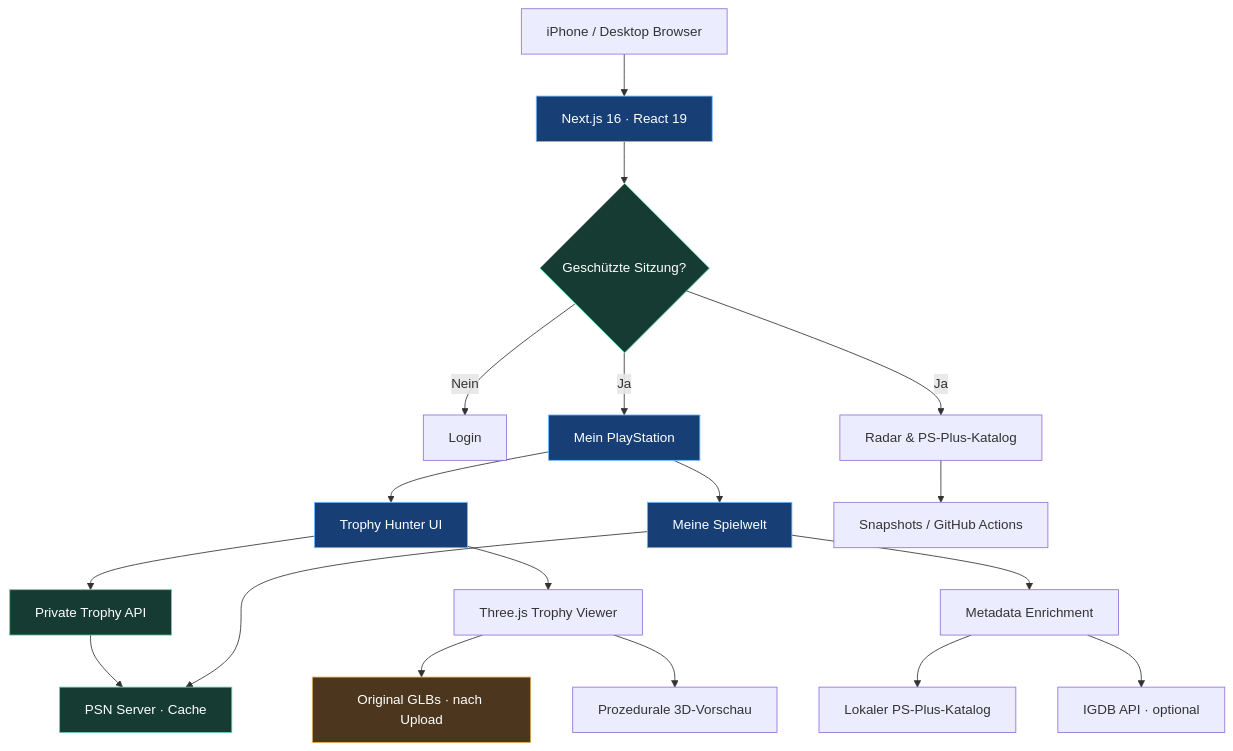
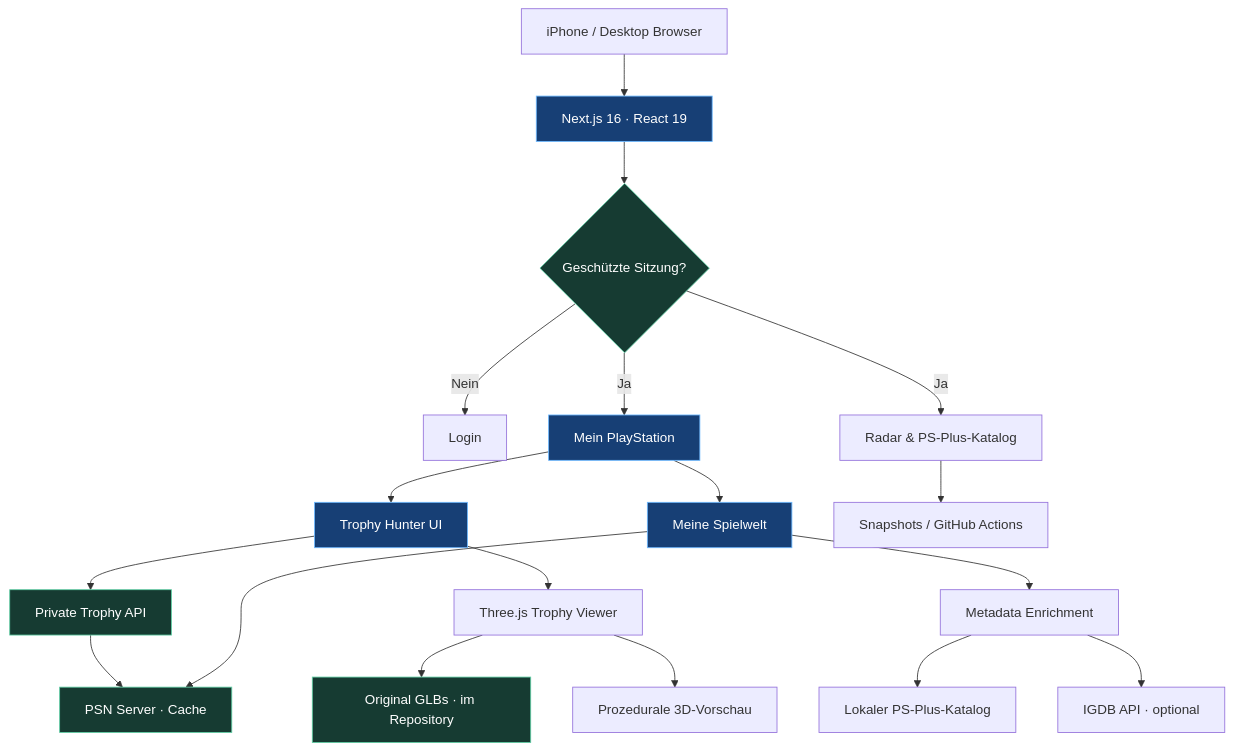
One commit to westside0106/Ps5-Radar changed the second of 2 diagrams in README.md. Above: the diagram before and after it, drawn with Mermaid. The commit also changed other lines of this file, not shown here.

Commit message:
docs(3d): mark four original trophy GLB models uploaded and ready for device validation

````diff
--- a/README.md
+++ b/README.md
@@ -226,26 +226,26 @@
 ```mermaid
 flowchart TB
     U["iPhone / Desktop Browser"] --> N["Next.js 16 · React 19"]
     N --> A{"Geschützte Sitzung?"}
     A -->|Nein| L["Login"]
     A -->|Ja| P["Mein PlayStation"]
     A -->|Ja| R["Radar & PS-Plus-Katalog"]
     P --> T["Trophy Hunter UI"]
     P --> W["Meine Spielwelt"]
     T --> API["Private Trophy API"]
     API --> S["PSN Server · Cache"]
     W --> S
     W --> M["Metadata Enrichment"]
     M --> C["Lokaler PS-Plus-Katalog"]
     M --> I["IGDB API · optional"]
     T --> V["Three.js Trophy Viewer"]
-    V --> G["Original GLBs · nach Upload"]
+    V --> G["Original GLBs · im Repository"]
     V --> F["Prozedurale 3D-Vorschau"]
     R --> SNAP["Snapshots / GitHub Actions"]
     classDef primary fill:#173f75,color:#fff,stroke:#6cb8ff
     classDef secure fill:#163b32,color:#fff,stroke:#60cfa5
     classDef pending fill:#4c371e,color:#fff,stroke:#e8b35b
     class N,P,T,W primary
     class A,S,API secure
-    class G pending
+    class G secure
 ```
````
